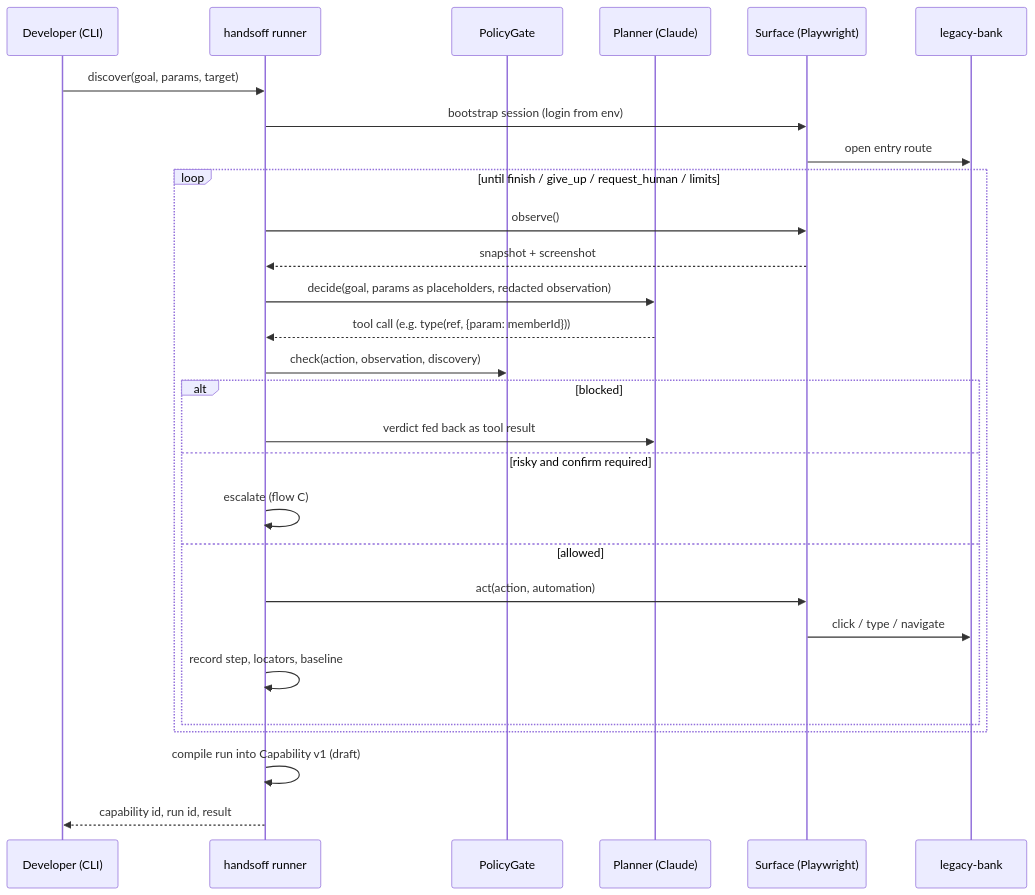
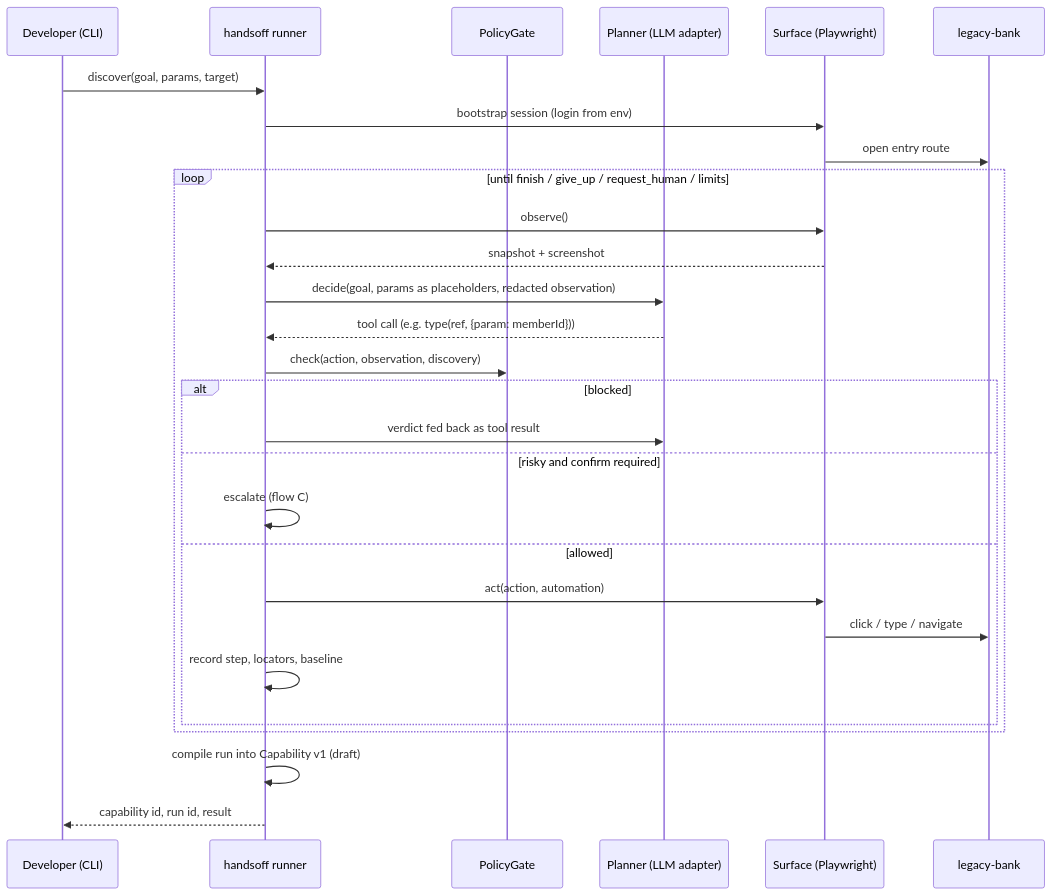
One commit to aokhader/AI-OS changed the diagram in docs/context/00-project-overview.md. Above: the diagram before and after it, drawn with Mermaid. The commit also changed 37 other files, not shown here.

````diff
--- a/docs/context/00-project-overview.md
+++ b/docs/context/00-project-overview.md
@@ -110,31 +110,31 @@
 ```mermaid
 sequenceDiagram
     participant Dev as Developer (CLI)
     participant Runner as handsoff runner
     participant Gate as PolicyGate
-    participant LLM as Planner (Claude)
+    participant LLM as Planner (LLM adapter)
     participant Surf as Surface (Playwright)
     participant App as legacy-bank
 
     Dev->>Runner: discover(goal, params, target)
     Runner->>Surf: bootstrap session (login from env)
     Surf->>App: open entry route
     loop until finish / give_up / request_human / limits
         Runner->>Surf: observe()
         Surf-->>Runner: snapshot + screenshot
         Runner->>LLM: decide(goal, params as placeholders, redacted observation)
         LLM-->>Runner: tool call (e.g. type(ref, {param: memberId}))
         Runner->>Gate: check(action, observation, discovery)
         alt blocked
             Runner->>LLM: verdict fed back as tool result
         else risky and confirm required
             Runner->>Runner: escalate (flow C)
         else allowed
             Runner->>Surf: act(action, automation)
             Surf->>App: click / type / navigate
             Runner->>Runner: record step, locators, baseline
         end
     end
     Runner->>Runner: compile run into Capability v1 (draft)
     Runner-->>Dev: capability id, run id, result
 ```
````
